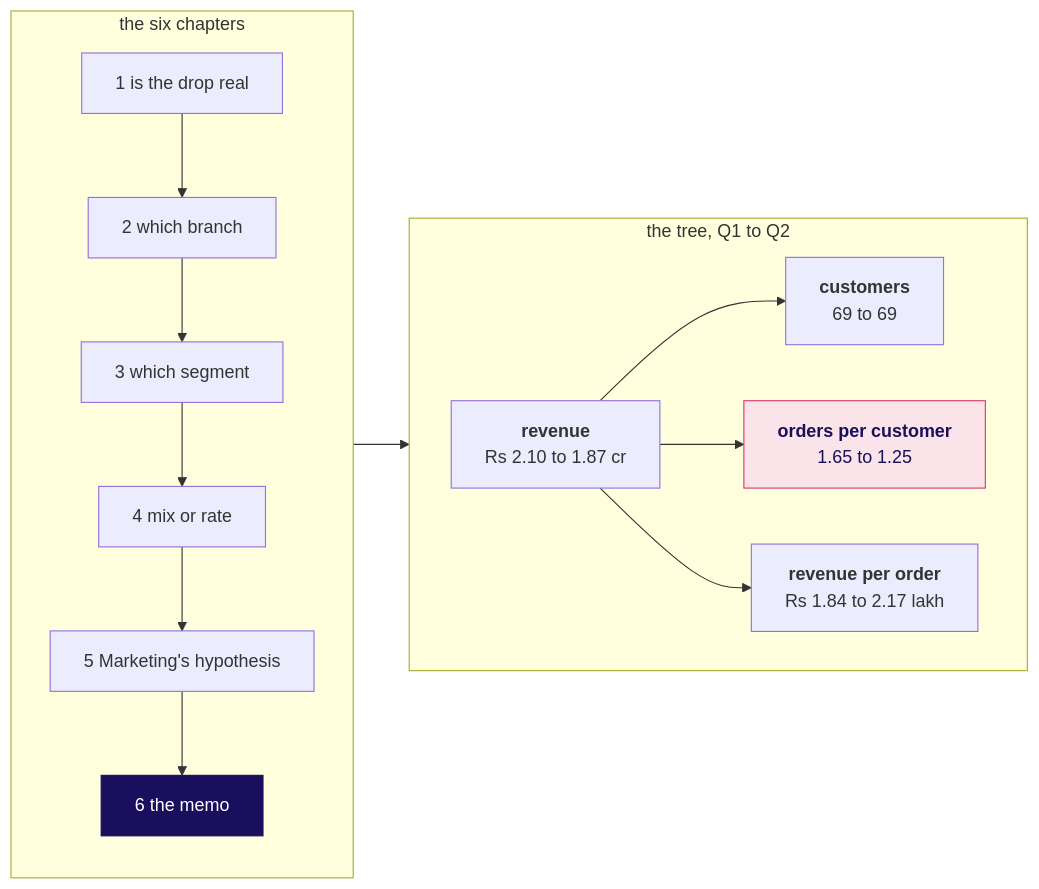
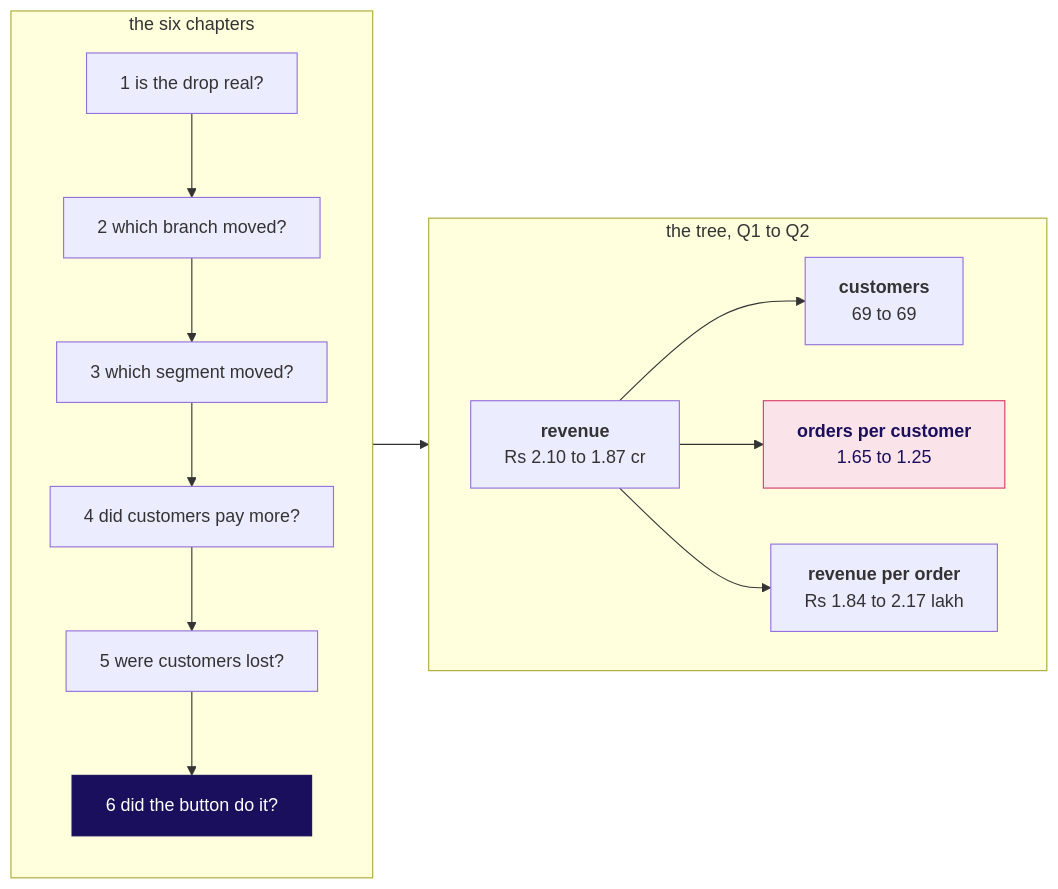
Before and after one commit to fde-academy-lab/c2-content-factory: the second of 2 diagrams in content/W01/D2/study-notes/C2_W01_D02_notes_STUDENT.md, drawn with Mermaid. The commit also changed other lines of this file and 8 other files, not shown here.

````diff
--- a/content/W01/D2/study-notes/C2_W01_D02_notes_STUDENT.md
+++ b/content/W01/D2/study-notes/C2_W01_D02_notes_STUDENT.md
@@ -58,22 +58,22 @@
 ```mermaid
 flowchart LR
     subgraph LAD["the six chapters"]
         direction TB
-        R1["1 is the drop real"] --> R2["2 which branch"]
-        R2 --> R3["3 which segment"]
-        R3 --> R4["4 mix or rate"]
-        R4 --> R5["5 Marketing's hypothesis"]
-        R5 --> R6["6 the memo"]
+        R1["1 is the drop real?"] --> R2["2 which branch moved?"]
+        R2 --> R3["3 which segment moved?"]
+        R3 --> R4["4 did customers pay more?"]
+        R4 --> R5["5 were customers lost?"]
+        R5 --> R6["6 did the button do it?"]
     end
     subgraph TREE["the tree, Q1 to Q2"]
         direction LR
         V["<b>revenue</b><br/>Rs 2.10 to 1.87 cr"] --> C["<b>customers</b><br/>69 to 69"]
         V --> F["<b>orders per customer</b><br/>1.65 to 1.25"]
         V --> O["<b>revenue per order</b><br/>Rs 1.84 to 2.17 lakh"]
     end
     LAD --> TREE
     classDef bet fill:#1A0F5C,stroke:#1A0F5C,color:#FFFFFF
     classDef moved fill:#FBE3EA,stroke:#D63A6A,color:#1A0F5C
     class R6 bet
     class F moved
 ```
````
